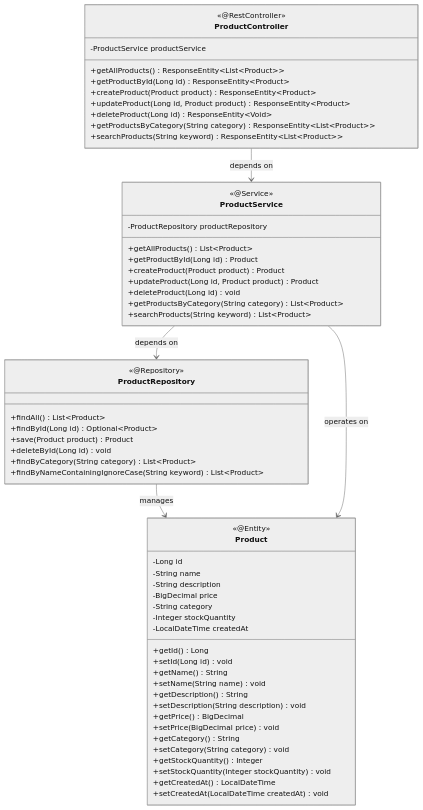
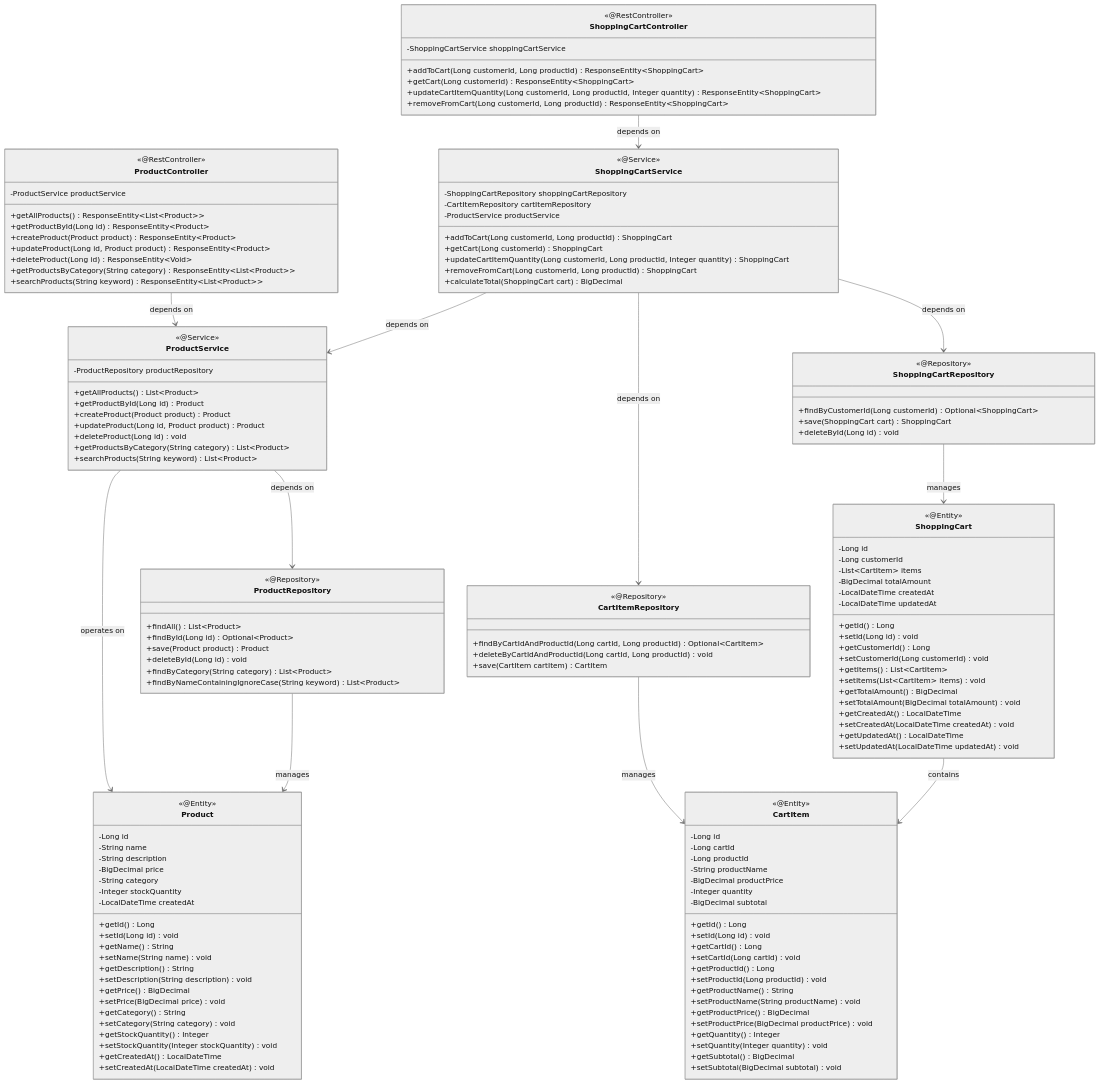
Before and after one commit to NavneetBN47/aava-ecom-demo: the first of 13 diagrams in docs/LLD/lld.md, drawn with Mermaid (neutral theme). The commit also changed other lines of this file and 1 other file, not shown here.

````diff
--- a/docs/LLD/lld.md
+++ b/docs/LLD/lld.md
@@ -73,8 +73,99 @@
         +setCreatedAt(LocalDateTime createdAt) void
     }
     
+    class ShoppingCartController {
+        <<@RestController>>
+        -ShoppingCartService shoppingCartService
+        +addToCart(Long customerId, Long productId) ResponseEntity~ShoppingCart~
+        +getCart(Long customerId) ResponseEntity~ShoppingCart~
+        +updateCartItemQuantity(Long customerId, Long productId, Integer quantity) ResponseEntity~ShoppingCart~
+        +removeFromCart(Long customerId, Long productId) ResponseEntity~ShoppingCart~
+    }
+    
+    class ShoppingCartService {
+        <<@Service>>
+        -ShoppingCartRepository shoppingCartRepository
+        -CartItemRepository cartItemRepository
+        -ProductService productService
+        +addToCart(Long customerId, Long productId) ShoppingCart
+        +getCart(Long customerId) ShoppingCart
+        +updateCartItemQuantity(Long customerId, Long productId, Integer quantity) ShoppingCart
+        +removeFromCart(Long customerId, Long productId) ShoppingCart
+        +calculateTotal(ShoppingCart cart) BigDecimal
+    }
+    
+    class ShoppingCartRepository {
+        <<@Repository>>
+        <<interface>>
+        +findByCustomerId(Long customerId) Optional~ShoppingCart~
+        +save(ShoppingCart cart) ShoppingCart
+        +deleteById(Long id) void
+    }
+    
+    class CartItemRepository {
+        <<@Repository>>
+        <<interface>>
+        +findByCartIdAndProductId(Long cartId, Long productId) Optional~CartItem~
+        +deleteByCartIdAndProductId(Long cartId, Long productId) void
+        +save(CartItem cartItem) CartItem
+    }
+    
+    class ShoppingCart {
+        <<@Entity>>
+        -Long id
+        -Long customerId
+        -List~CartItem~ items
+        -BigDecimal totalAmount
+        -LocalDateTime createdAt
+        -LocalDateTime updatedAt
+        +getId() Long
+        +setId(Long id) void
+        +getCustomerId() Long
+        +setCustomerId(Long customerId) void
+        +getItems() List~CartItem~
+        +setItems(List~CartItem~ items) void
+        +getTotalAmount() BigDecimal
+        +setTotalAmount(BigDecimal totalAmount) void
+        +getCreatedAt() LocalDateTime
+        +setCreatedAt(LocalDateTime createdAt) void
+        +getUpdatedAt() LocalDateTime
+        +setUpdatedAt(LocalDateTime updatedAt) void
+    }
+    
+    class CartItem {
+        <<@Entity>>
+        -Long id
+        -Long cartId
+        -Long productId
+        -String productName
+        -BigDecimal productPrice
+        -Integer quantity
+        -BigDecimal subtotal
+        +getId() Long
+        +setId(Long id) void
+        +getCartId() Long
+        +setCartId(Long cartId) void
+        +getProductId() Long
+        +setProductId(Long productId) void
+        +getProductName() String
+        +setProductName(String productName) void
+        +getProductPrice() BigDecimal
+        +setProductPrice(BigDecimal productPrice) void
+        +getQuantity() Integer
+        +setQuantity(Integer quantity) void
+        +getSubtotal() BigDecimal
+        +setSubtotal(BigDecimal subtotal) void
+    }
+    
     ProductController --> ProductService : depends on
     ProductService --> ProductRepository : depends on
     ProductRepository --> Product : manages
     ProductService --> Product : operates on
+    ShoppingCartController --> ShoppingCartService : depends on
+    ShoppingCartService --> ShoppingCartRepository : depends on
+    ShoppingCartService --> CartItemRepository : depends on
+    ShoppingCartService --> ProductService : depends on
+    ShoppingCartRepository --> ShoppingCart : manages
+    CartItemRepository --> CartItem : manages
+    ShoppingCart --> CartItem : contains
 ```
````
